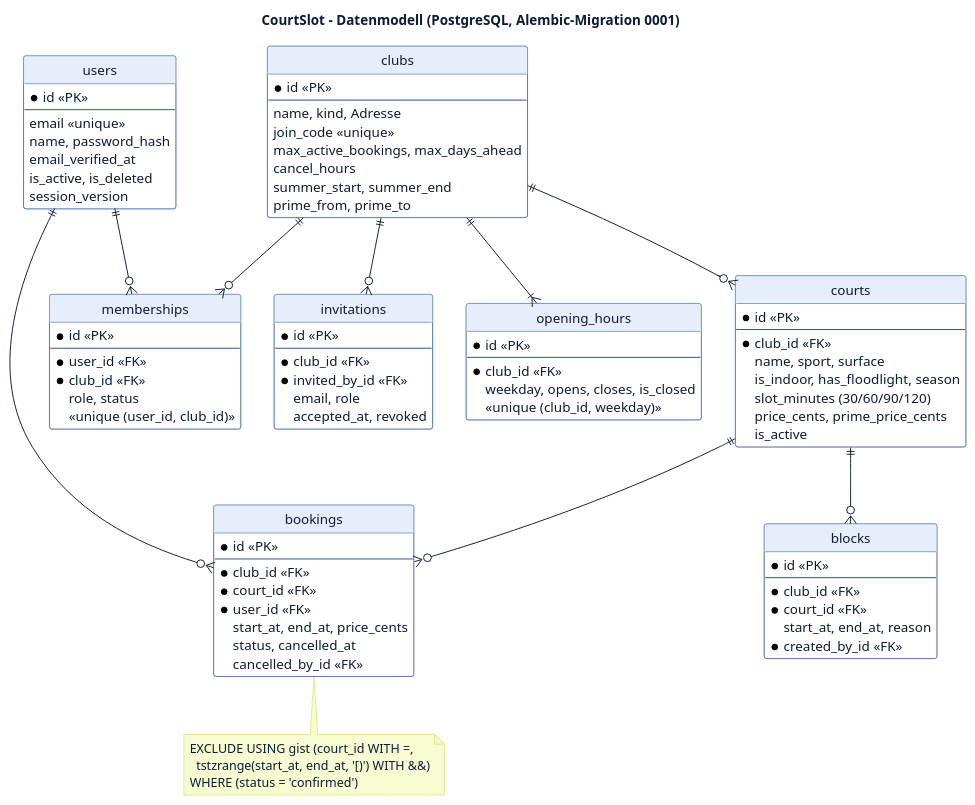
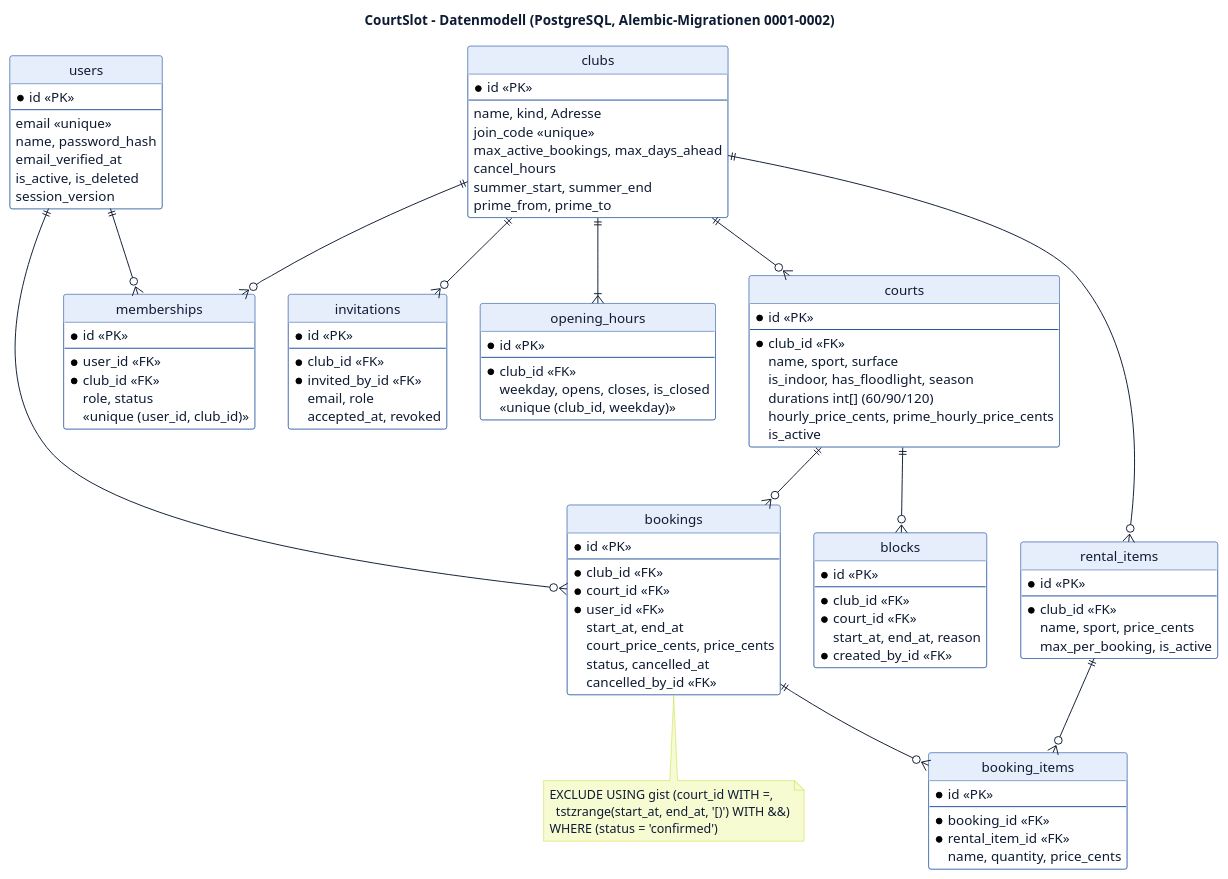
The diagram in docs/uml/05_datenmodell.puml (pasi140802/Anwendungsentwicklung), drawn with PlantUML before and after one commit. The commit also changed 42 other files, not shown here.

```diff
--- a/docs/uml/05_datenmodell.puml
+++ b/docs/uml/05_datenmodell.puml
@@ -1,100 +1,118 @@
 @startuml datenmodell
-title CourtSlot – Datenmodell (PostgreSQL, Alembic-Migration 0001)
+title CourtSlot – Datenmodell (PostgreSQL, Alembic-Migrationen 0001–0002)
 skinparam shadowing false
 skinparam ArrowColor #0e1b33
 skinparam defaultFontName Arial
 skinparam defaultFontColor #0e1b33
 skinparam classBackgroundColor #FFFFFF
 skinparam classBorderColor #1f4e9c
 skinparam classHeaderBackgroundColor #e6eefb
 skinparam noteBackgroundColor #f6fbd2
 skinparam noteBorderColor #c6d82c
 hide circle
 hide methods
 
 entity users {
   * id <<PK>>
   --
   email <<unique>>
   name, password_hash
   email_verified_at
   is_active, is_deleted
   session_version
 }
 entity clubs {
   * id <<PK>>
   --
   name, kind, Adresse
   join_code <<unique>>
   max_active_bookings, max_days_ahead
   cancel_hours
   summer_start, summer_end
   prime_from, prime_to
 }
 entity memberships {
   * id <<PK>>
   --
   * user_id <<FK>>
   * club_id <<FK>>
   role, status
   <<unique (user_id, club_id)>>
 }
 entity invitations {
   * id <<PK>>
   --
   * club_id <<FK>>
   * invited_by_id <<FK>>
   email, role
   accepted_at, revoked
 }
 entity opening_hours {
   * id <<PK>>
   --
   * club_id <<FK>>
   weekday, opens, closes, is_closed
   <<unique (club_id, weekday)>>
 }
 entity courts {
   * id <<PK>>
   --
   * club_id <<FK>>
   name, sport, surface
   is_indoor, has_floodlight, season
-  slot_minutes (30/60/90/120)
-  price_cents, prime_price_cents
+  durations int[] (60/90/120)
+  hourly_price_cents, prime_hourly_price_cents
   is_active
 }
 entity bookings {
   * id <<PK>>
   --
   * club_id <<FK>>
   * court_id <<FK>>
   * user_id <<FK>>
-  start_at, end_at, price_cents
+  start_at, end_at
+  court_price_cents, price_cents
   status, cancelled_at
   cancelled_by_id <<FK>>
+}
+entity rental_items {
+  * id <<PK>>
+  --
+  * club_id <<FK>>
+  name, sport, price_cents
+  max_per_booking, is_active
+}
+entity booking_items {
+  * id <<PK>>
+  --
+  * booking_id <<FK>>
+  * rental_item_id <<FK>>
+  name, quantity, price_cents
 }
 entity blocks {
   * id <<PK>>
   --
   * club_id <<FK>>
   * court_id <<FK>>
   start_at, end_at, reason
   * created_by_id <<FK>>
 }
 
 users ||--o{ memberships
 clubs ||--o{ memberships
 clubs ||--o{ invitations
 clubs ||--|{ opening_hours
 clubs ||--o{ courts
 courts ||--o{ bookings
 users ||--o{ bookings
 courts ||--o{ blocks
+clubs ||--o{ rental_items
+bookings ||--o{ booking_items
+rental_items ||--o{ booking_items
 
 note bottom of bookings
   EXCLUDE USING gist (court_id WITH =,
     tstzrange(start_at, end_at, '[)') WITH &&)
   WHERE (status = 'confirmed')
 end note
 @enduml
```
